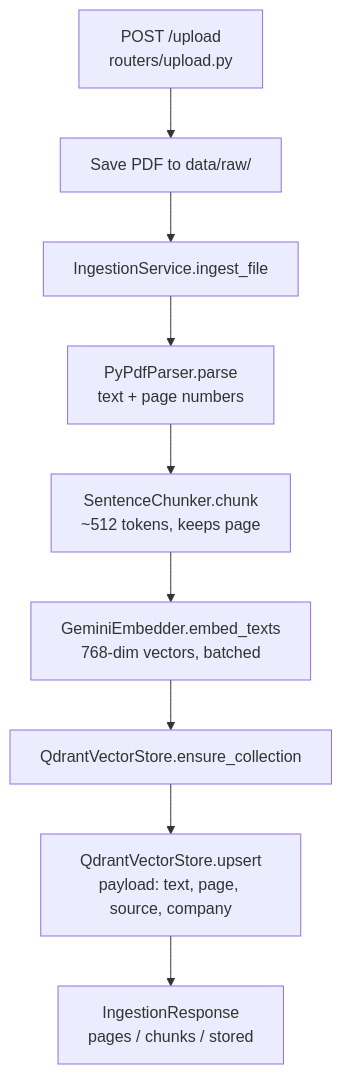
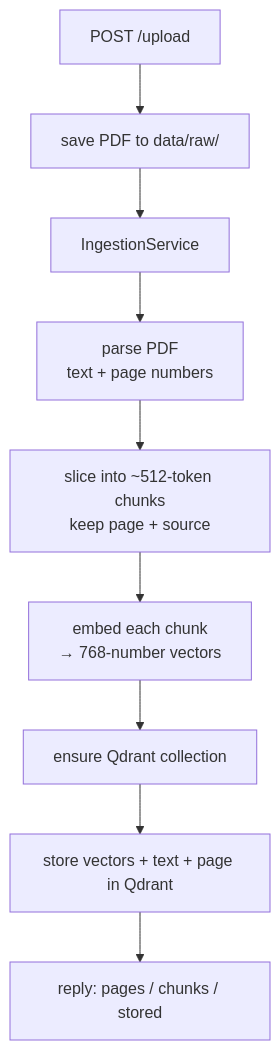
The fourth of 7 diagrams in README.md (RajatRajSharma/finQueryBackend), drawn with Mermaid before and after one commit. The commit also changed other lines of this file and 33 other files, not shown here.

````diff
--- a/README.md
+++ b/README.md
@@ -392,11 +270,11 @@
 ```mermaid
 flowchart TD
-    A[POST /upload<br/>routers/upload.py] --> B[Save PDF to data/raw/]
-    B --> C[IngestionService.ingest_file]
-    C --> D[PyPdfParser.parse<br/>text + page numbers]
-    D --> E[SentenceChunker.chunk<br/>~512 tokens, keeps page]
-    E --> F[GeminiEmbedder.embed_texts<br/>768-dim vectors, batched]
-    F --> G[QdrantVectorStore.ensure_collection]
-    G --> H[QdrantVectorStore.upsert<br/>payload: text, page, source, company]
-    H --> I[IngestionResponse<br/>pages / chunks / stored]
+    A[POST /upload] --> B[save PDF to data/raw/]
+    B --> C[IngestionService]
+    C --> D[parse PDF<br/>text + page numbers]
+    D --> E[slice into ~512-token chunks<br/>keep page + source]
+    E --> F[embed each chunk<br/>→ 768-number vectors]
+    F --> G[ensure Qdrant collection]
+    G --> H[store vectors + text + page in Qdrant]
+    H --> I[reply: pages / chunks / stored]
 ```
````
